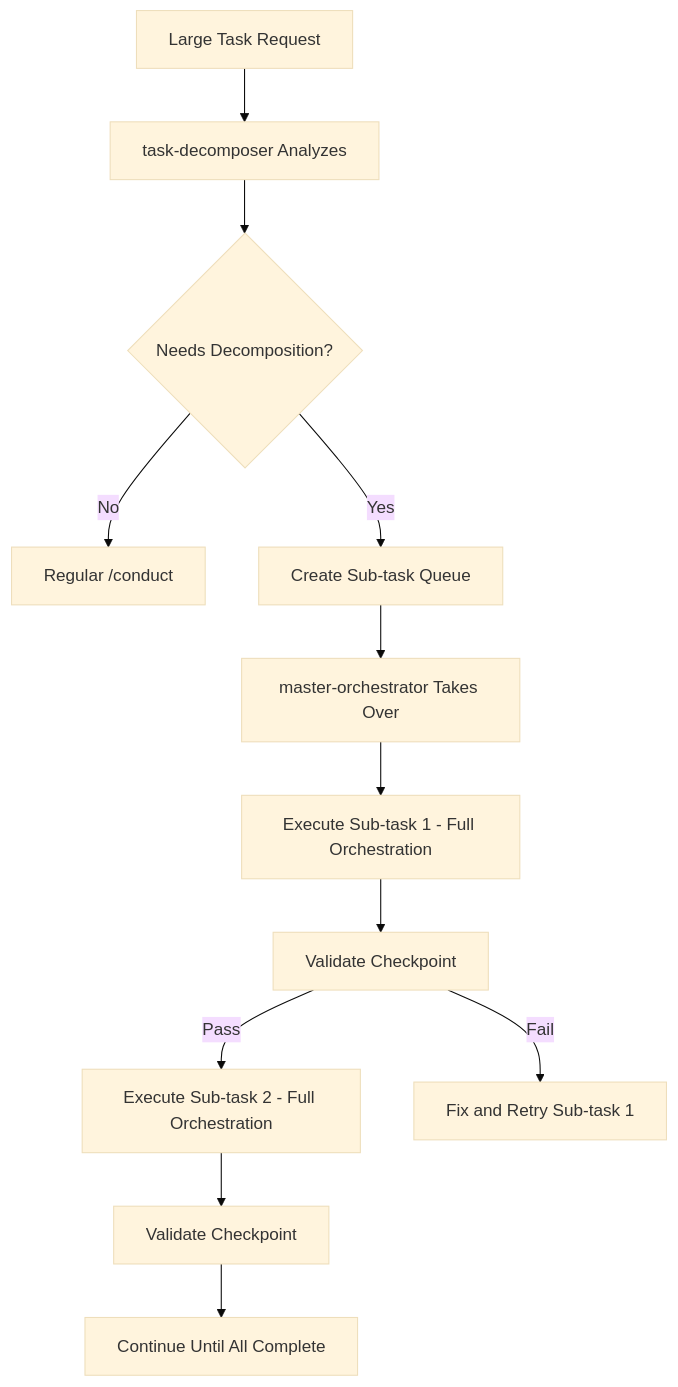
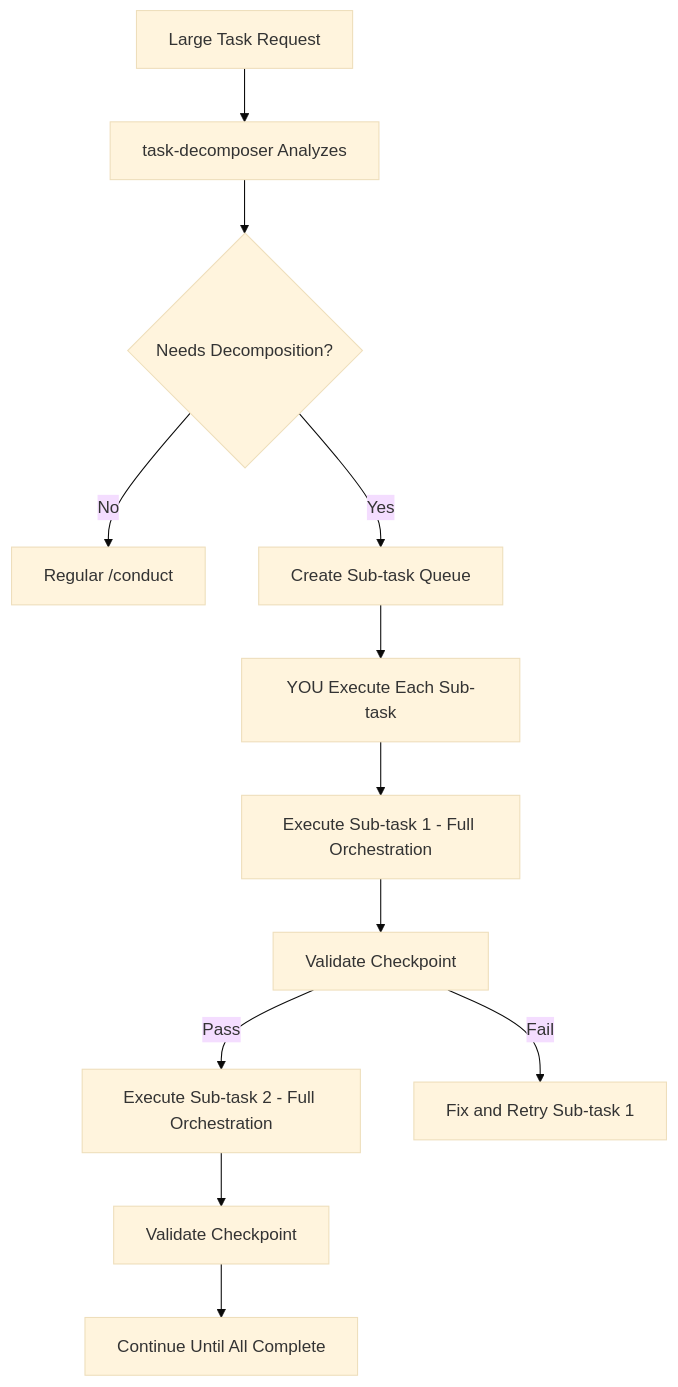
The diagram in commands/conduct.md (randalmurphal/claude-config), drawn with Mermaid (base theme) before and after one commit. The commit also changed other lines of this file and 49 other files, not shown here.

````diff
--- a/commands/conduct.md
+++ b/commands/conduct.md
@@ -746,14 +659,14 @@
 ```mermaid
 graph TD
     A[Large Task Request] --> B[task-decomposer Analyzes]
     B --> C{Needs Decomposition?}
     C -->|No| D[Regular /conduct]
     C -->|Yes| E[Create Sub-task Queue]
-    E --> F[master-orchestrator Takes Over]
+    E --> F[YOU Execute Each Sub-task]
     F --> G[Execute Sub-task 1 - Full Orchestration]
     G --> H[Validate Checkpoint]
     H -->|Pass| I[Execute Sub-task 2 - Full Orchestration]
     H -->|Fail| J[Fix and Retry Sub-task 1]
     I --> K[Validate Checkpoint]
     K --> L[Continue Until All Complete]
 ```
````
